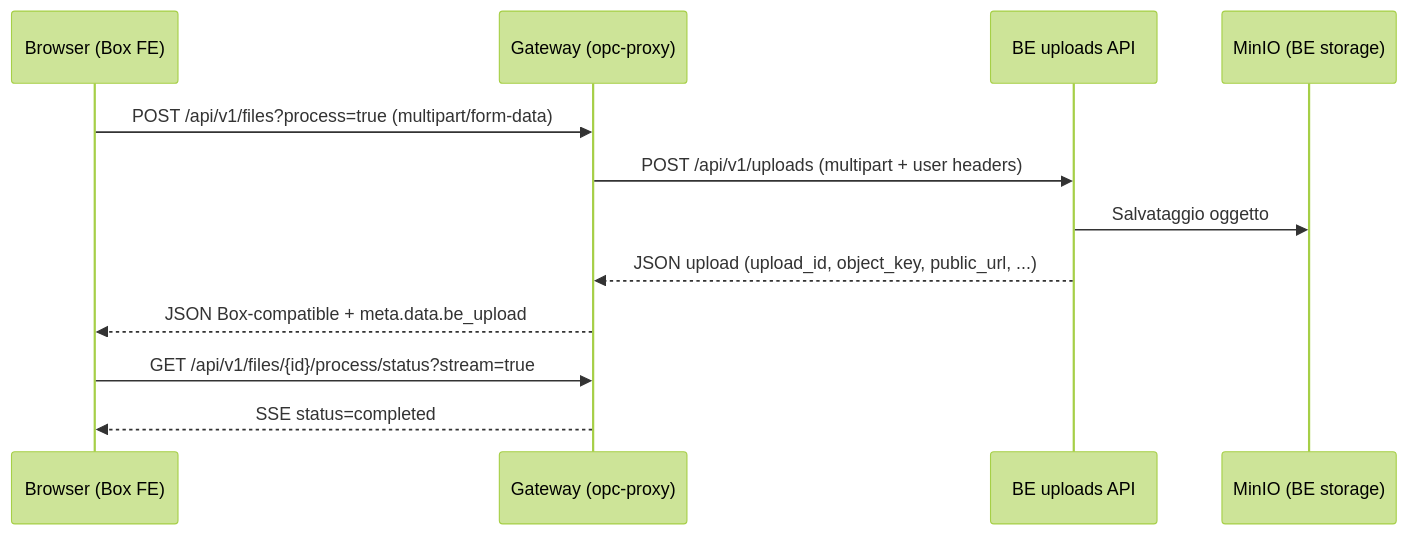
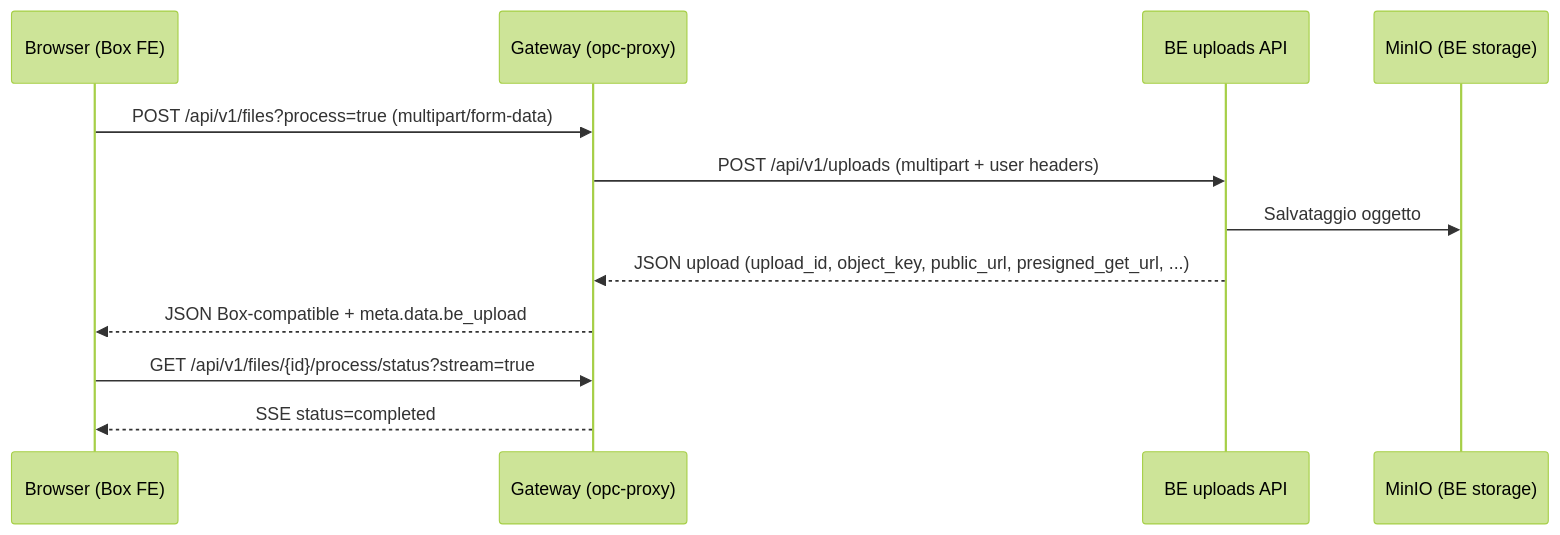
Before and after one commit to jambtc/openwebui-edge-gateway: the third of 6 diagrams in docs/documentazione/01-flusso-dati-edge-gateway.md, drawn with Mermaid (forest theme). The commit also changed other lines of this file and 9 other files, not shown here.

````diff
--- a/docs/documentazione/01-flusso-dati-edge-gateway.md
+++ b/docs/documentazione/01-flusso-dati-edge-gateway.md
@@ -64,15 +158,15 @@
 ```mermaid
 sequenceDiagram
     participant BR as Browser (Box FE)
     participant G as Gateway (opc-proxy)
     participant BE as BE uploads API
     participant M as MinIO (BE storage)
 
     BR->>G: POST /api/v1/files?process=true (multipart/form-data)
     G->>BE: POST /api/v1/uploads (multipart + user headers)
     BE->>M: Salvataggio oggetto
-    BE-->>G: JSON upload (upload_id, object_key, public_url, ...)
+    BE-->>G: JSON upload (upload_id, object_key, public_url, presigned_get_url, ...)
     G-->>BR: JSON Box-compatible + meta.data.be_upload
     BR->>G: GET /api/v1/files/{id}/process/status?stream=true
     G-->>BR: SSE status=completed
 ```
````
